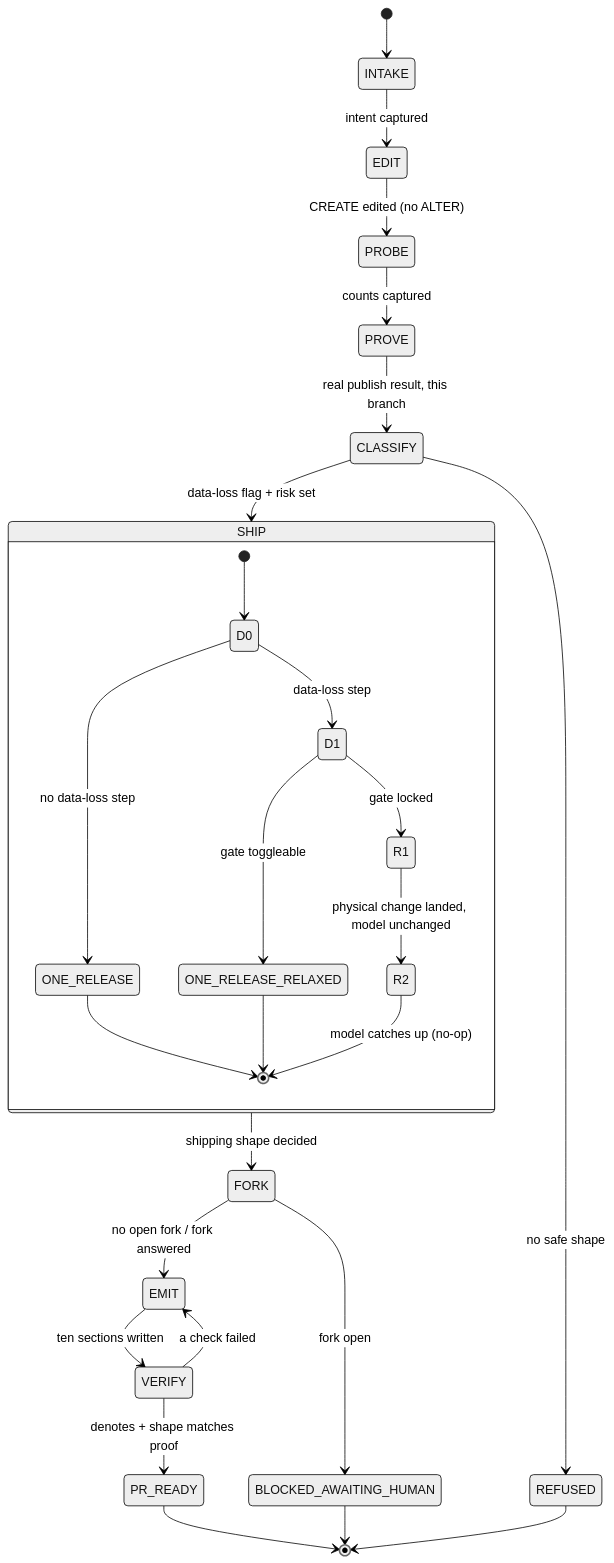
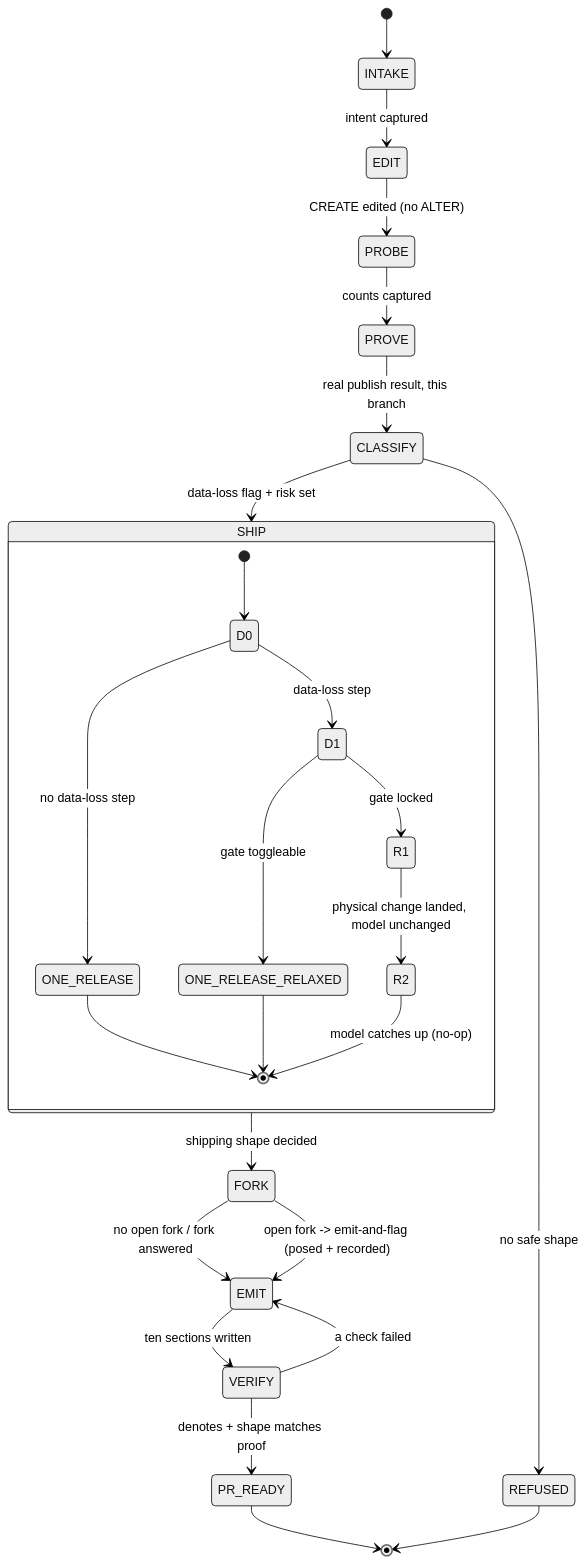
Before and after one commit to danielbdyer/outsystems-ddl-exporter: the diagram in sidecar/projection/ssdt-agent/THE_DECISION_TREE.md, drawn with Mermaid (neutral theme). The commit also changed other lines of this file and 5 other files, not shown here.

````diff
--- a/sidecar/projection/ssdt-agent/THE_DECISION_TREE.md
+++ b/sidecar/projection/ssdt-agent/THE_DECISION_TREE.md
@@ -117,30 +120,29 @@
 ```mermaid
 stateDiagram-v2
   [*] --> INTAKE
   INTAKE --> EDIT: intent captured
   EDIT --> PROBE: CREATE edited (no ALTER)
   PROBE --> PROVE: counts captured
   PROVE --> CLASSIFY: real publish result, this branch
   CLASSIFY --> SHIP: data-loss flag + risk set
   CLASSIFY --> REFUSED: no safe shape
   state SHIP {
     [*] --> D0
     D0 --> ONE_RELEASE: no data-loss step
     D0 --> D1: data-loss step
     D1 --> ONE_RELEASE_RELAXED: gate toggleable
     D1 --> R1: gate locked
     R1 --> R2: physical change landed, model unchanged
     R2 --> [*]: model catches up (no-op)
     ONE_RELEASE --> [*]
     ONE_RELEASE_RELAXED --> [*]
   }
   SHIP --> FORK: shipping shape decided
   FORK --> EMIT: no open fork / fork answered
-  FORK --> BLOCKED_AWAITING_HUMAN: fork open
+  FORK --> EMIT: open fork -> emit-and-flag (posed + recorded)
   EMIT --> VERIFY: ten sections written
   VERIFY --> EMIT: a check failed
   VERIFY --> PR_READY: denotes + shape matches proof
   PR_READY --> [*]
-  BLOCKED_AWAITING_HUMAN --> [*]
   REFUSED --> [*]
 ```
````
